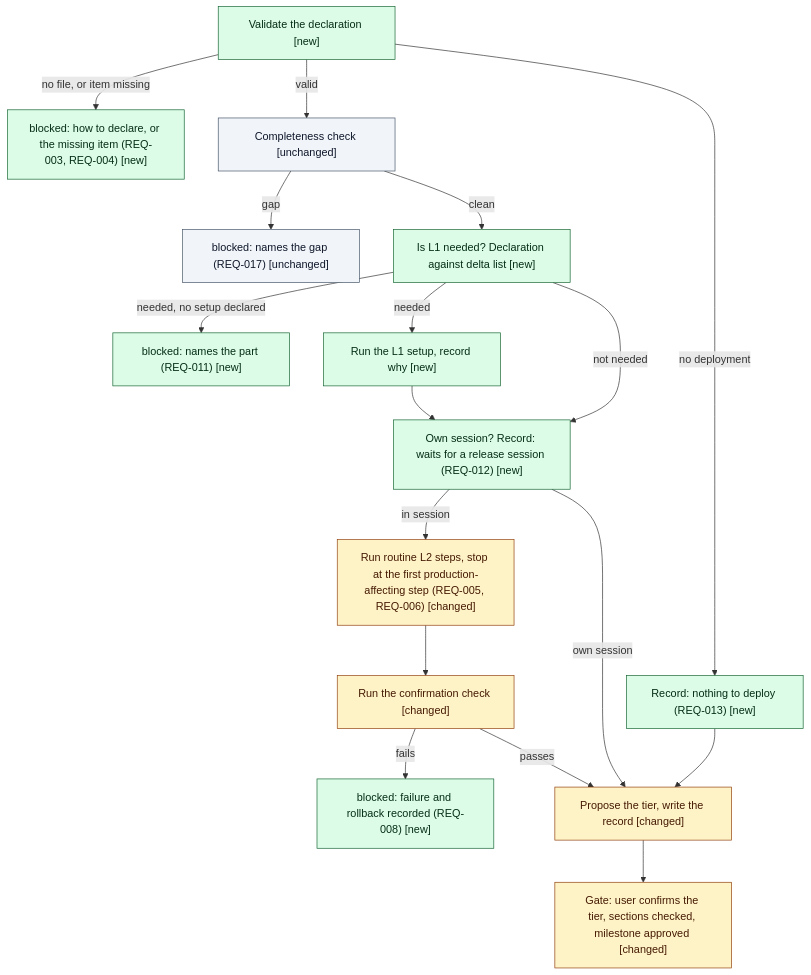
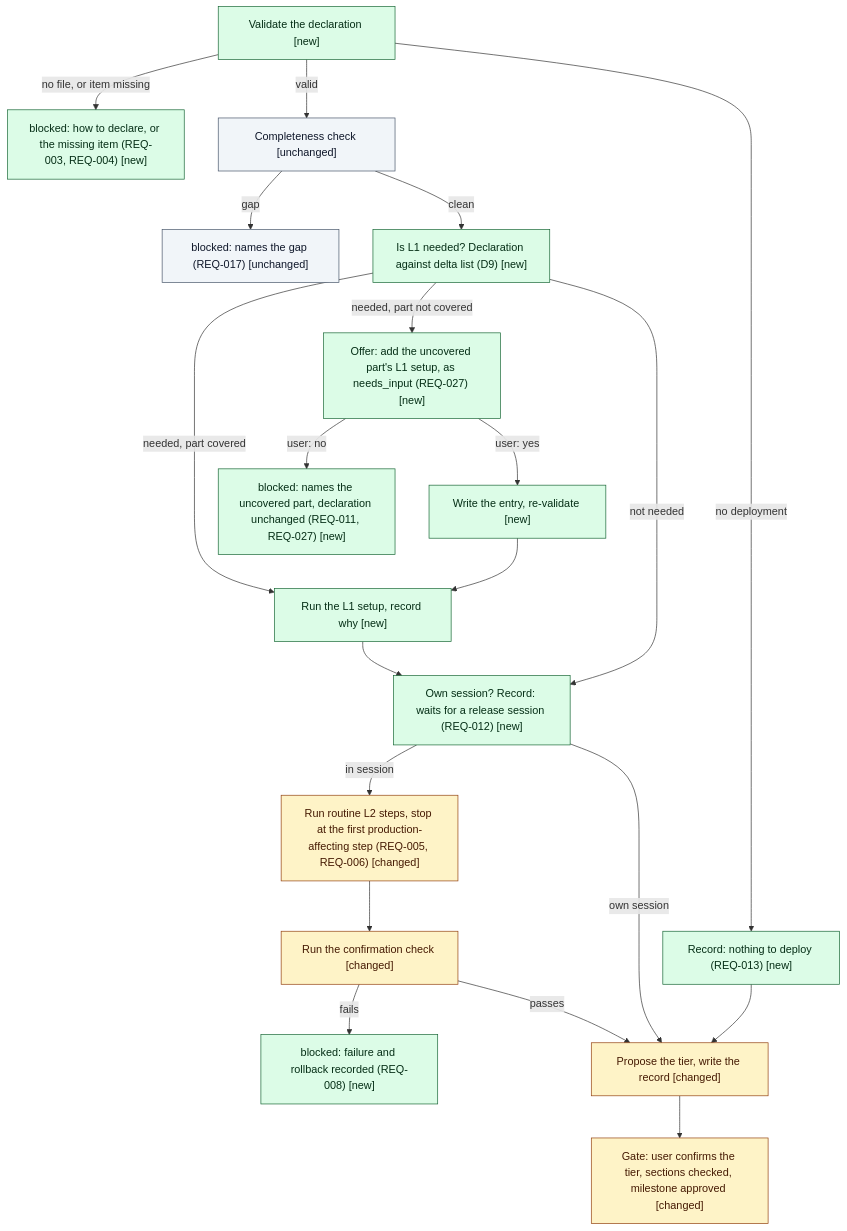
Before and after one commit to dkoenawan/compass-labs: the third of 5 diagrams in docs/sessions/2026-10-24-deploy-phase-depth/design/index.md, drawn with Mermaid. The commit also changed other lines of this file and 1 other file, not shown here.

````diff
--- a/docs/sessions/2026-10-24-deploy-phase-depth/design/index.md
+++ b/docs/sessions/2026-10-24-deploy-phase-depth/design/index.md
@@ -105,37 +115,42 @@
 ```mermaid
 flowchart TD
   classDef new fill:#DCFCE7,stroke:#166534,color:#052E16
   classDef changed fill:#FEF3C7,stroke:#92400E,color:#451A03
   classDef deprecated fill:#FEE2E2,stroke:#991B1B,color:#450A0A,stroke-dasharray:4 3
   classDef unchanged fill:#F1F5F9,stroke:#475569,color:#0F172A
   S1["Validate the declaration [new]"]:::new
   B1["blocked: how to declare, or the missing item (REQ-003, REQ-004) [new]"]:::new
   N1["Record: nothing to deploy (REQ-013) [new]"]:::new
   S2["Completeness check [unchanged]"]:::unchanged
   B2["blocked: names the gap (REQ-017) [unchanged]"]:::unchanged
-  S3["Is L1 needed? Declaration against delta list [new]"]:::new
-  B3["blocked: names the part (REQ-011) [new]"]:::new
+  S3["Is L1 needed? Declaration against delta list (D9) [new]"]:::new
+  O1["Offer: add the uncovered part's L1 setup, as needs_input (REQ-027) [new]"]:::new
+  W1["Write the entry, re-validate [new]"]:::new
+  B3["blocked: names the uncovered part, declaration unchanged (REQ-011, REQ-027) [new]"]:::new
   S4["Run the L1 setup, record why [new]"]:::new
   S5["Own session? Record: waits for a release session (REQ-012) [new]"]:::new
   S6["Run routine L2 steps, stop at the first production-affecting step (REQ-005, REQ-006) [changed]"]:::changed
   S7["Run the confirmation check [changed]"]:::changed
   B4["blocked: failure and rollback recorded (REQ-008) [new]"]:::new
   S8["Propose the tier, write the record [changed]"]:::changed
   G1["Gate: user confirms the tier, sections checked, milestone approved [changed]"]:::changed
   S1 -->|"no file, or item missing"| B1
   S1 -->|"no deployment"| N1
   S1 -->|"valid"| S2
   N1 --> S8
   S2 -->|"gap"| B2
   S2 -->|"clean"| S3
-  S3 -->|"needed, no setup declared"| B3
-  S3 -->|"needed"| S4
+  S3 -->|"needed, part not covered"| O1
+  O1 -->|"user: yes"| W1
+  O1 -->|"user: no"| B3
+  W1 --> S4
+  S3 -->|"needed, part covered"| S4
   S3 -->|"not needed"| S5
   S4 --> S5
   S5 -->|"own session"| S8
   S5 -->|"in session"| S6
   S6 --> S7
   S7 -->|"fails"| B4
   S7 -->|"passes"| S8
   S8 --> G1
 ```
````
